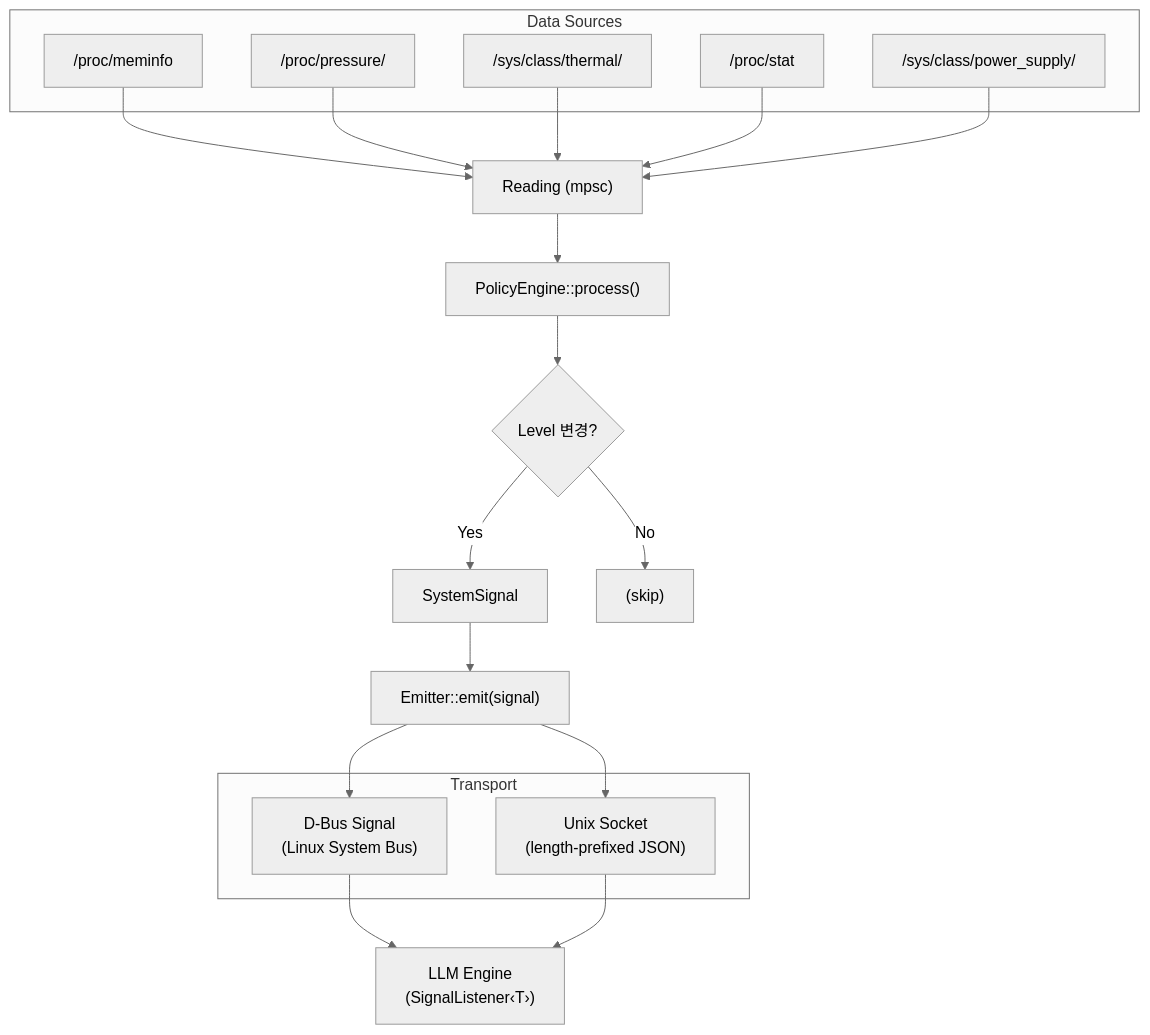
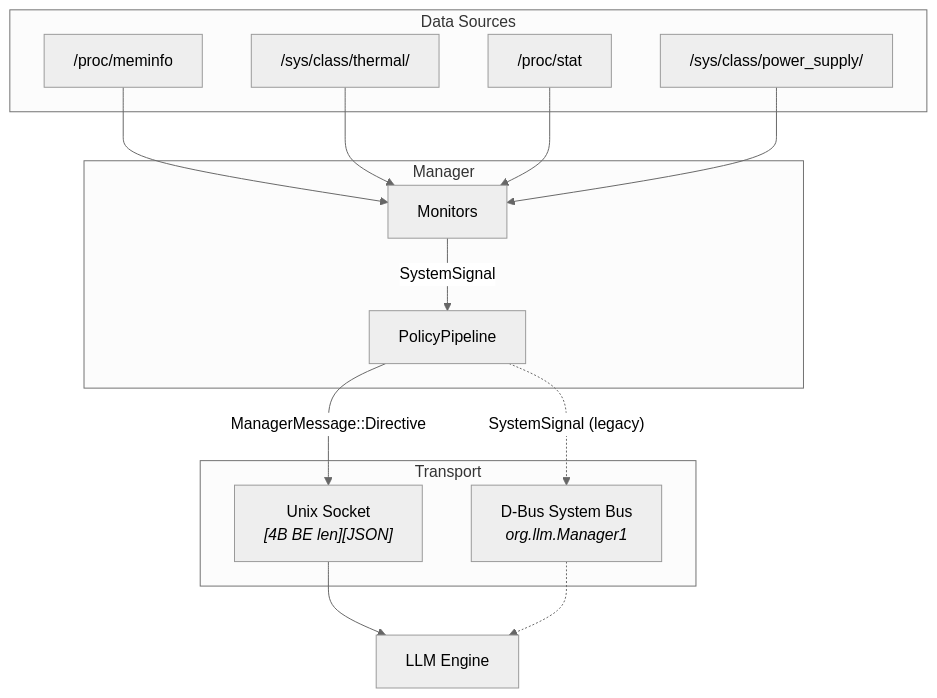
One commit to hedone21/llm_rs2 changed the third of 4 diagrams in docs/27_manager_architecture.md. Above: the diagram before and after it, drawn with Mermaid (neutral theme). The commit also changed other lines of this file and 10 other files, not shown here.

First line of the commit message:
docs(manager): add hierarchical policy design docs and rewrite architecture

````diff
--- a/docs/27_manager_architecture.md
+++ b/docs/27_manager_architecture.md
@@ -44,28 +90,28 @@
 ```mermaid
 flowchart TD
     subgraph Sources["Data Sources"]
         P1["/proc/meminfo"]
-        P2["/proc/pressure/"]
-        P3["/sys/class/thermal/"]
-        P4["/proc/stat"]
-        P5["/sys/class/power_supply/"]
+        P2["/sys/class/thermal/"]
+        P3["/proc/stat"]
+        P4["/sys/class/power_supply/"]
     end
 
-    R["Reading (mpsc)"]
-    PE["PolicyEngine::process()"]
-    CHK{"Level 변경?"}
-    SIG["SystemSignal"]
-    EMIT["Emitter::emit(signal)"]
+    subgraph Manager["Manager"]
+        MON["Monitors"]
+        PL["PolicyPipeline"]
+    end
 
     subgraph Transport["Transport"]
-        DBUS["D-Bus Signal<br/>(Linux System Bus)"]
-        UNIX["Unix Socket<br/>(length-prefixed JSON)"]
+        UNIX["Unix Socket<br/><i>[4B BE len][JSON]</i>"]
+        DBUS["D-Bus System Bus<br/><i>org.llm.Manager1</i>"]
     end
 
-    LLM["LLM Engine<br/>(SignalListener‹T›)"]
+    ENGINE["LLM Engine"]
 
-    P1 & P2 & P3 & P4 & P5 --> R --> PE --> CHK
-    CHK -- "Yes" --> SIG --> EMIT
-    CHK -- "No" --> SKIP["(skip)"]
-    EMIT --> DBUS & UNIX --> LLM
+    P1 & P2 & P3 & P4 --> MON
+    MON -- "SystemSignal" --> PL
+    PL -- "ManagerMessage::Directive" --> UNIX
+    PL -. "SystemSignal (legacy)" .-> DBUS
+    UNIX --> ENGINE
+    DBUS .-> ENGINE
 ```
````
